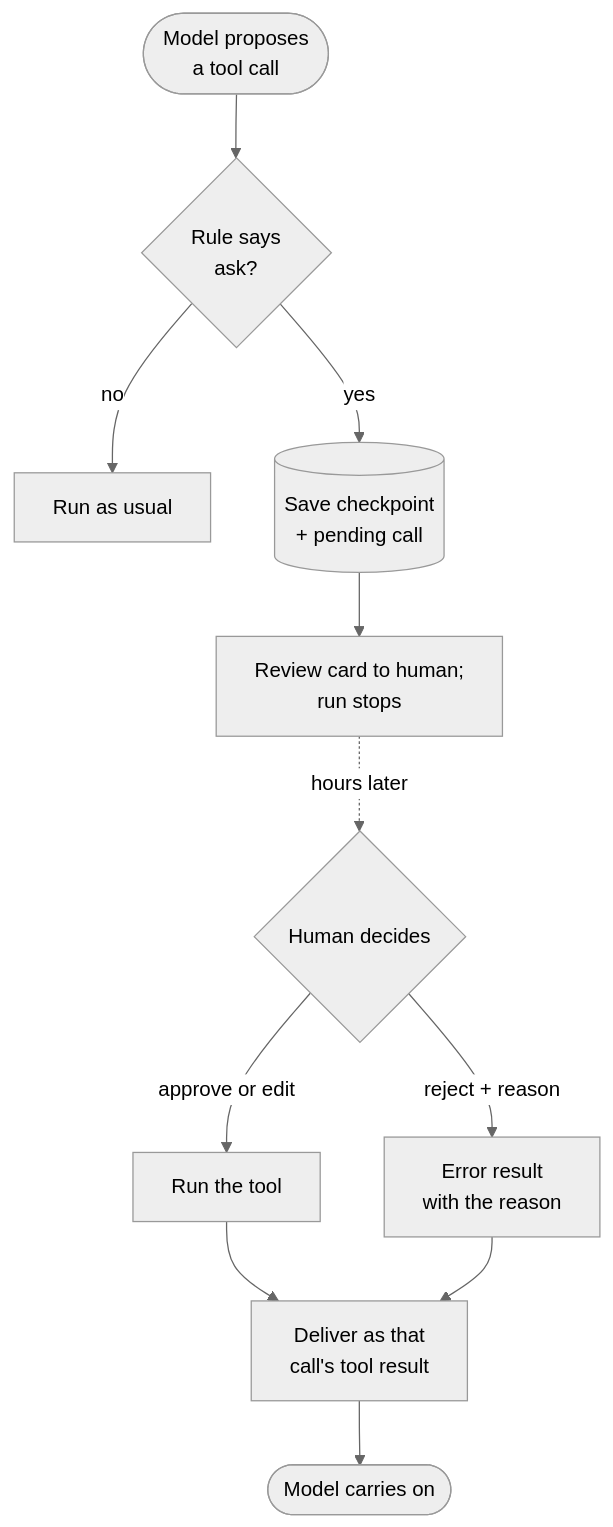
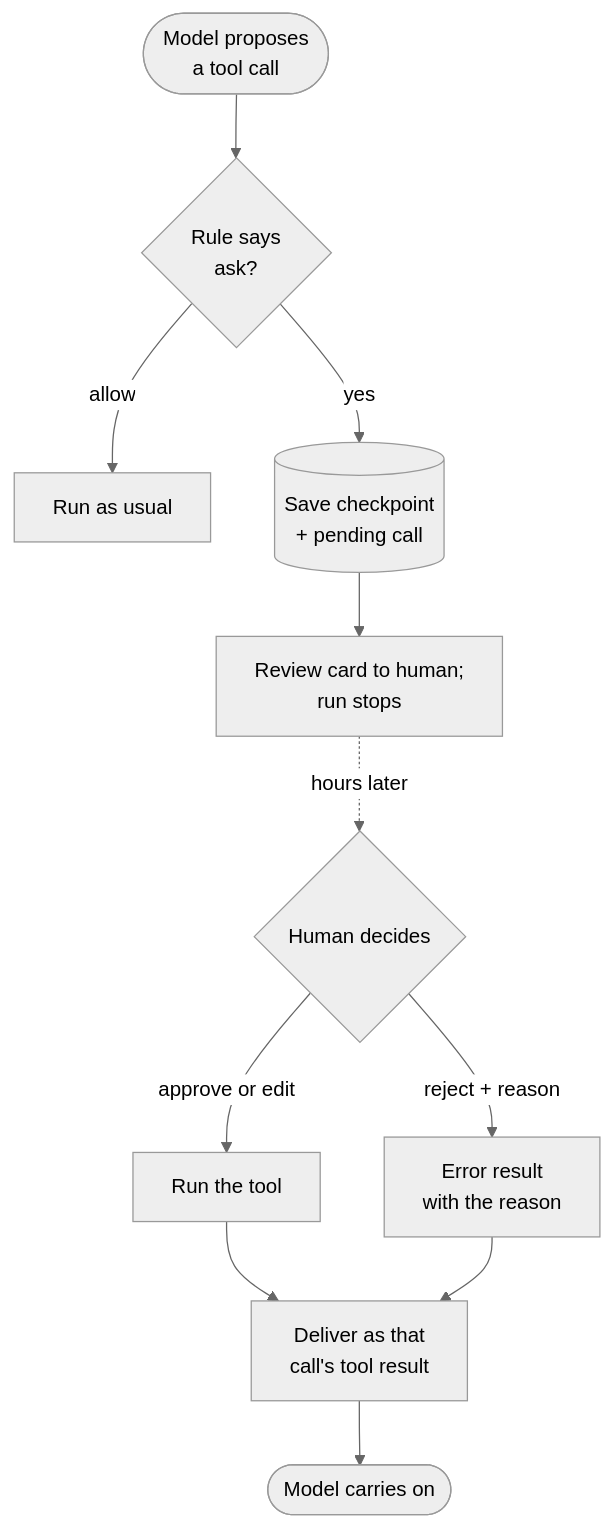
Before and after one commit to joshxinjie/agentic-harness-notes: the diagram in diagrams/src/approval-gate-pause-resume.mmd, drawn with Mermaid (neutral theme). The commit also changed 3 other files, not shown here.

```diff
--- a/diagrams/src/approval-gate-pause-resume.mmd
+++ b/diagrams/src/approval-gate-pause-resume.mmd
@@ -1,11 +1,11 @@
 flowchart TD
     A(["Model proposes<br>a tool call"]) --> B{"Rule says<br>ask?"}
-    B -->|"no"| X["Run as usual"]
+    B -->|"allow"| X["Run as usual"]
     B -->|"yes"| C[("Save checkpoint<br>+ pending call")]
     C --> D["Review card to human;<br>run stops"]
     D -.->|"hours later"| E{"Human decides"}
     E -->|"approve or edit"| F["Run the tool"]
     E -->|"reject + reason"| G["Error result<br>with the reason"]
     F --> H["Deliver as that<br>call's tool result"]
     G --> H
     H --> I(["Model carries on"])
```
